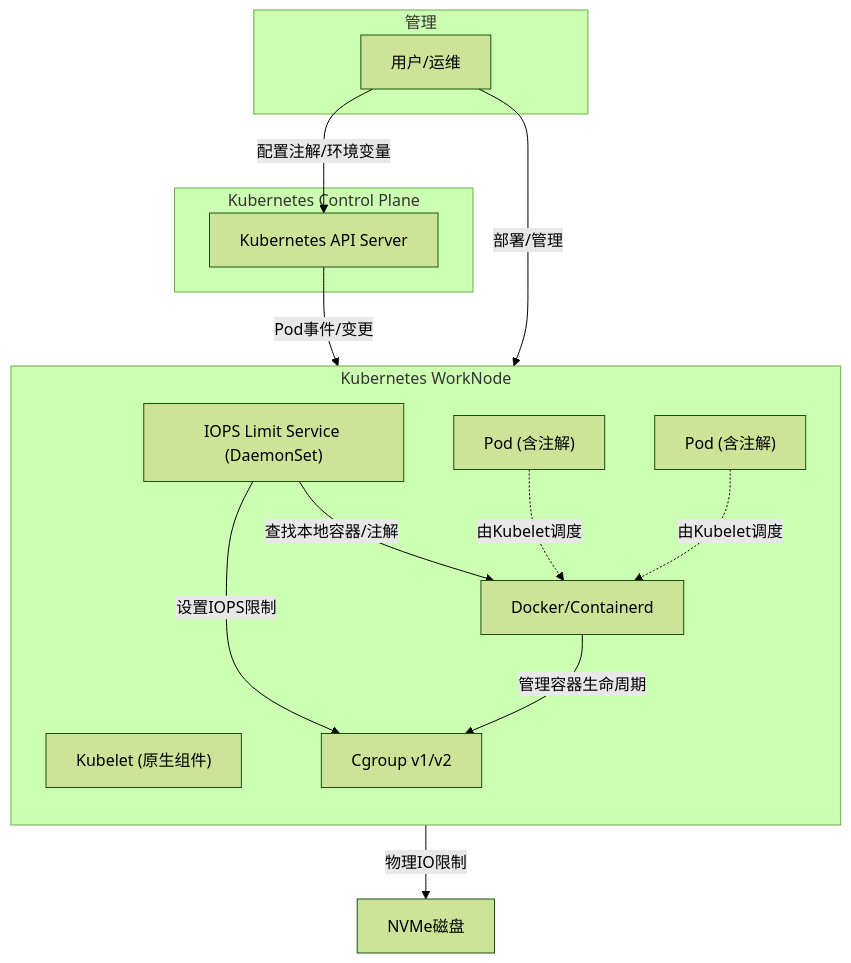
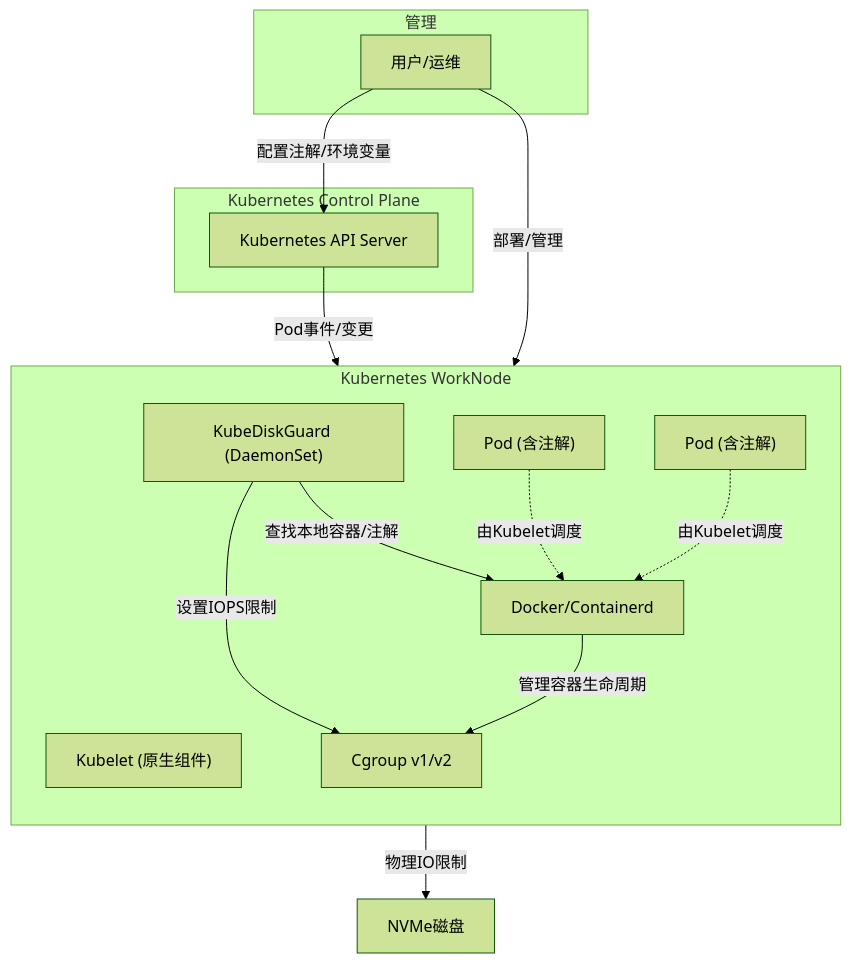
Before and after one commit to kbsonlong/KubeDiskGuard: the diagram in README.md, drawn with Mermaid (forest theme). The commit also changed other lines of this file and 17 other files, not shown here.

First line of the commit message:
feat: 项目升级为 KubeDiskGuard，全面支持BPS限速功能

````diff
--- a/README.md
+++ b/README.md
@@ -28,27 +44,27 @@
 ```mermaid
 flowchart TD
     subgraph "Kubernetes WorkNode"
         direction TB
         Kubelet["Kubelet (原生组件)"]
         Runtime["Docker/Containerd"]
-        Service["IOPS Limit Service (DaemonSet)"]
+        Service["KubeDiskGuard (DaemonSet)"]
         Cgroup["Cgroup v1/v2"]
         Pod1["Pod (含注解)"]
         Pod2["Pod (含注解)"]
     end
     subgraph "Kubernetes Control Plane"
         APIServer["Kubernetes API Server"]
     end
     APIServer -- "Pod事件/变更" --> Service
     Service -- "查找本地容器/注解" --> Runtime
     Service -- "设置IOPS限制" --> Cgroup
     Runtime -- "管理容器生命周期" --> Cgroup
     Pod1 -. "由Kubelet调度" .-> Runtime
     Pod2 -. "由Kubelet调度" .-> Runtime
     subgraph "管理"
         User["用户/运维"]
     end
     User -- "配置注解/环境变量" --> APIServer
     User -- "部署/管理" --> Service
     Cgroup -- "物理IO限制" --> NVMe["NVMe磁盘"]
 ```
````
